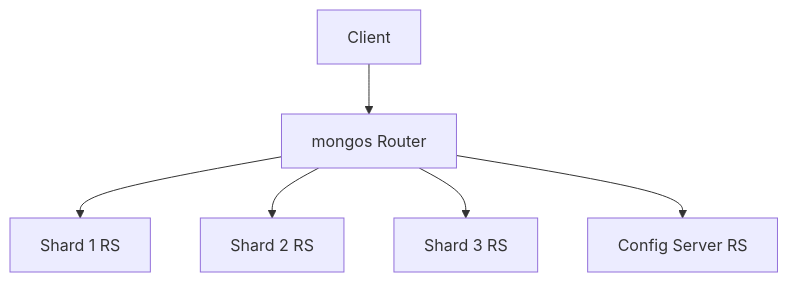
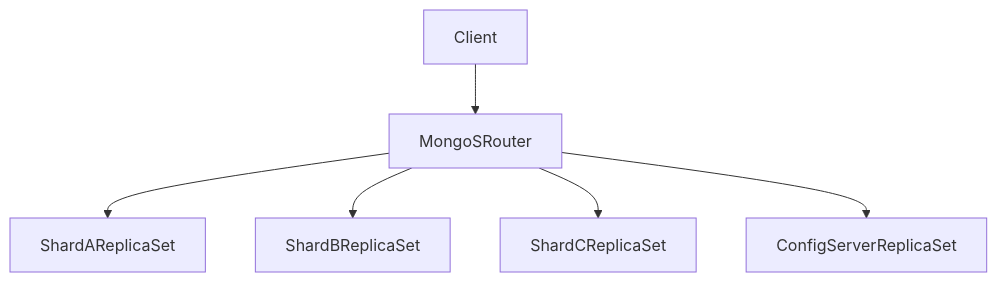
The second of 2 diagrams in database/database-masterclass/03-nosql-paradigms/02-mongodb-architecture.md (GabrielAlmeidaFlores/Senior-Software-Architect), drawn with Mermaid before and after one commit. The commit also changed other lines of this file and 19 other files, not shown here.

````diff
--- a/database/database-masterclass/03-nosql-paradigms/02-mongodb-architecture.md
+++ b/database/database-masterclass/03-nosql-paradigms/02-mongodb-architecture.md
@@ -77,8 +72,8 @@
 ```mermaid
 flowchart TD
-    A[Client] --> B[mongos Router]
-    B --> C1[Shard 1 RS]
-    B --> C2[Shard 2 RS]
-    B --> C3[Shard 3 RS]
-    B --> D[Config Server RS]
+    client[Client] --> mongos[MongoSRouter]
+    mongos --> shardA[ShardAReplicaSet]
+    mongos --> shardB[ShardBReplicaSet]
+    mongos --> shardC[ShardCReplicaSet]
+    mongos --> configRS[ConfigServerReplicaSet]
 ```
````
